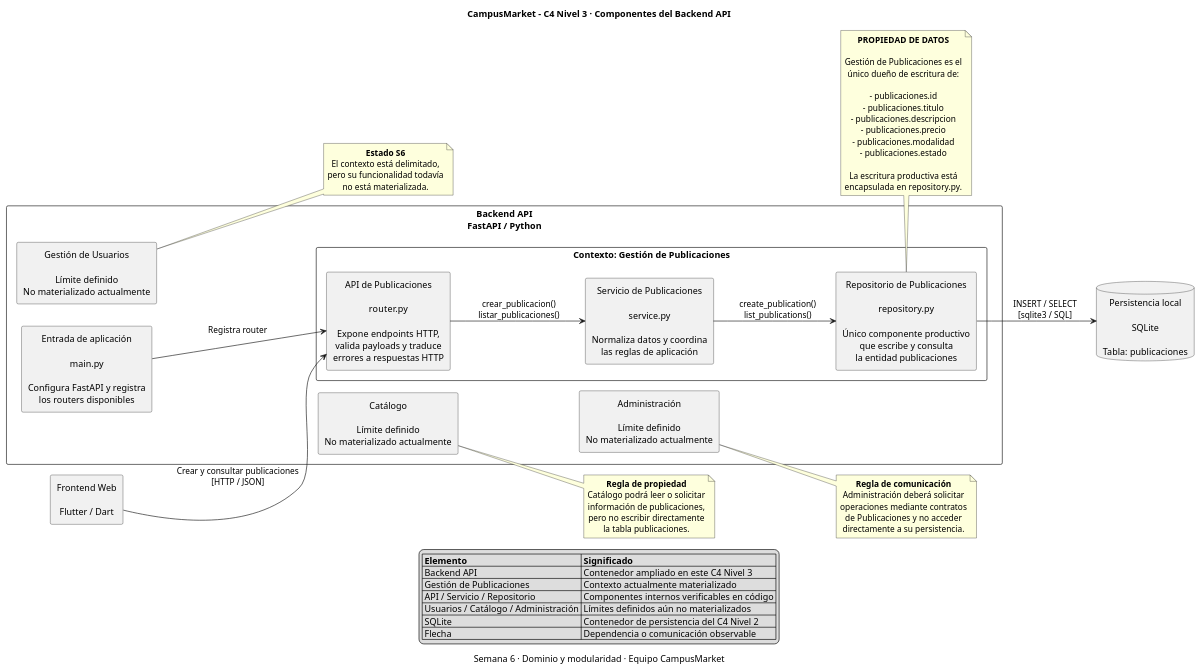
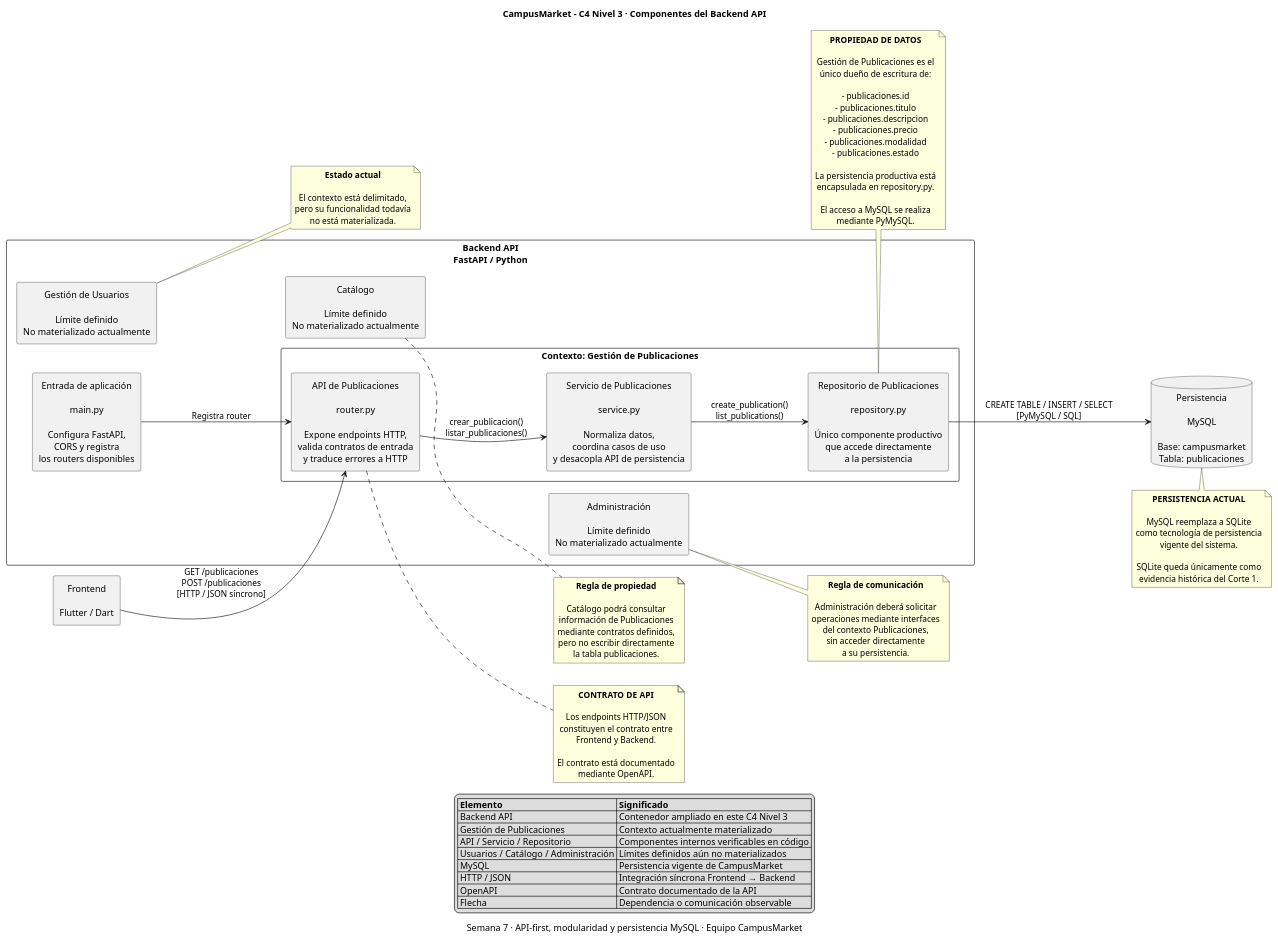
One commit to ISCOUTB/AS_202620_PROYECTO_CAMPUSMARKET changed the diagram in docs/c4/03-componentes-backend.puml. Above: the diagram before and after it, drawn with PlantUML. The commit also changed 15 other files, not shown here.

Commit message:
docs: alinear arquitectura S7 con MySQL y contrato API

```diff
--- a/docs/c4/03-componentes-backend.puml
+++ b/docs/c4/03-componentes-backend.puml
@@ -1,100 +1,132 @@
 @startuml
 
 title CampusMarket - C4 Nivel 3 · Componentes del Backend API
-caption Semana 6 · Dominio y modularidad · Equipo CampusMarket
+caption Semana 7 · API-first, modularidad y persistencia MySQL · Equipo CampusMarket
 
 left to right direction
 
 skinparam shadowing false
 skinparam defaultTextAlignment center
 skinparam packageStyle rectangle
 
-rectangle "Frontend Web\n\nFlutter / Dart" as frontend
+rectangle "Frontend\n\nFlutter / Dart" as frontend
 
 package "Backend API\nFastAPI / Python" {
 
-    rectangle "Entrada de aplicación\n\nmain.py\n\nConfigura FastAPI y registra\nlos routers disponibles" as main
+    rectangle "Entrada de aplicación\n\nmain.py\n\nConfigura FastAPI,\nCORS y registra\nlos routers disponibles" as main
 
     package "Contexto: Gestión de Publicaciones" {
 
-        rectangle "API de Publicaciones\n\nrouter.py\n\nExpone endpoints HTTP,\nvalida payloads y traduce\nerrores a respuestas HTTP" as router
+        rectangle "API de Publicaciones\n\nrouter.py\n\nExpone endpoints HTTP,\nvalida contratos de entrada\ny traduce errores a HTTP" as router
 
-        rectangle "Servicio de Publicaciones\n\nservice.py\n\nNormaliza datos y coordina\nlas reglas de aplicación" as service
+        rectangle "Servicio de Publicaciones\n\nservice.py\n\nNormaliza datos,\ncoordina casos de uso\ny desacopla API de persistencia" as service
 
-        rectangle "Repositorio de Publicaciones\n\nrepository.py\n\nÚnico componente productivo\nque escribe y consulta\nla entidad publicaciones" as repository
+        rectangle "Repositorio de Publicaciones\n\nrepository.py\n\nÚnico componente productivo\nque accede directamente\na la persistencia" as repository
     }
 
     rectangle "Gestión de Usuarios\n\nLímite definido\nNo materializado actualmente" as usuarios
 
     rectangle "Catálogo\n\nLímite definido\nNo materializado actualmente" as catalogo
 
     rectangle "Administración\n\nLímite definido\nNo materializado actualmente" as administracion
 }
 
-database "Persistencia local\n\nSQLite\n\nTabla: publicaciones" as sqlite
+database "Persistencia\n\nMySQL\n\nBase: campusmarket\nTabla: publicaciones" as mysql
 
-frontend --> router : Crear y consultar publicaciones\n[HTTP / JSON]
+frontend --> router : GET /publicaciones\nPOST /publicaciones\n[HTTP / JSON síncrono]
 
 main --> router : Registra router
 
 router --> service : crear_publicacion()\nlistar_publicaciones()
 
 service --> repository : create_publication()\nlist_publications()
 
-repository --> sqlite : INSERT / SELECT\n[sqlite3 / SQL]
+repository --> mysql : CREATE TABLE / INSERT / SELECT\n[PyMySQL / SQL]
 
 usuarios -[hidden]-> router
 catalogo -[hidden]-> service
 administracion -[hidden]-> repository
 
+note right of router
+**CONTRATO DE API**
+
+Los endpoints HTTP/JSON
+constituyen el contrato entre
+Frontend y Backend.
+
+El contrato está documentado
+mediante OpenAPI.
+end note
+
 note right of usuarios
-**Estado S6**
+**Estado actual**
+
 El contexto está delimitado,
 pero su funcionalidad todavía
 no está materializada.
 end note
 
 note right of catalogo
 **Regla de propiedad**
-Catálogo podrá leer o solicitar
-información de publicaciones,
+
+Catálogo podrá consultar
+información de Publicaciones
+mediante contratos definidos,
 pero no escribir directamente
 la tabla publicaciones.
 end note
 
 note right of administracion
 **Regla de comunicación**
+
 Administración deberá solicitar
-operaciones mediante contratos
-de Publicaciones y no acceder
-directamente a su persistencia.
+operaciones mediante interfaces
+del contexto Publicaciones,
+sin acceder directamente
+a su persistencia.
 end note
 
 note bottom of repository
 **PROPIEDAD DE DATOS**
 
 Gestión de Publicaciones es el
 único dueño de escritura de:
 
 - publicaciones.id
 - publicaciones.titulo
 - publicaciones.descripcion
 - publicaciones.precio
 - publicaciones.modalidad
 - publicaciones.estado
 
-La escritura productiva está
+La persistencia productiva está
 encapsulada en repository.py.
+
+El acceso a MySQL se realiza
+mediante PyMySQL.
+end note
+
+note bottom of mysql
+**PERSISTENCIA ACTUAL**
+
+MySQL reemplaza a SQLite
+como tecnología de persistencia
+vigente del sistema.
+
+SQLite queda únicamente como
+evidencia histórica del Corte 1.
 end note
 
 legend bottom
 |= Elemento |= Significado |
 | Backend API | Contenedor ampliado en este C4 Nivel 3 |
 | Gestión de Publicaciones | Contexto actualmente materializado |
 | API / Servicio / Repositorio | Componentes internos verificables en código |
 | Usuarios / Catálogo / Administración | Límites definidos aún no materializados |
-| SQLite | Contenedor de persistencia del C4 Nivel 2 |
+| MySQL | Persistencia vigente de CampusMarket |
+| HTTP / JSON | Integración síncrona Frontend → Backend |
+| OpenAPI | Contrato documentado de la API |
 | Flecha | Dependencia o comunicación observable |
 endlegend
 
 @enduml
```
